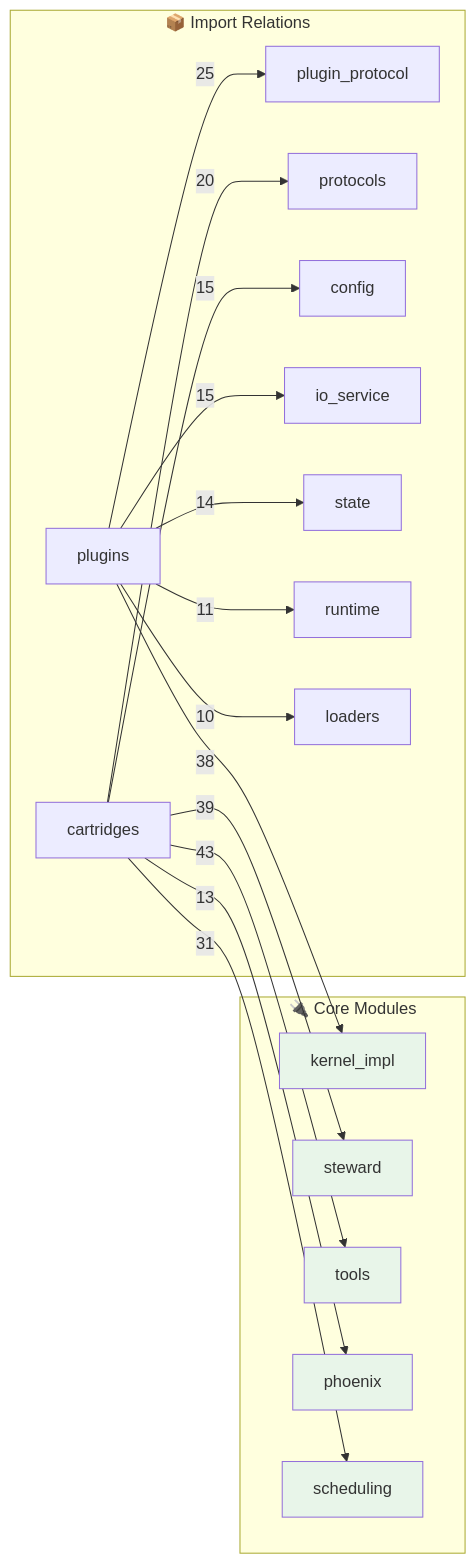
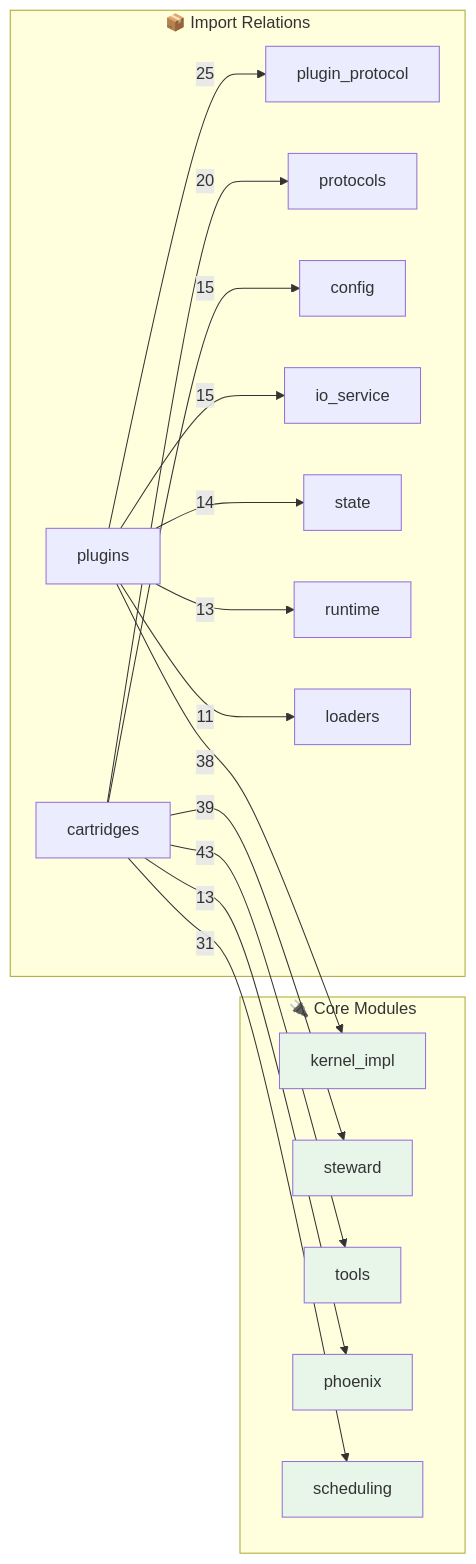
Before and after one commit to kimeisele/steward-protocol: the second of 2 diagrams in OPUS.md, drawn with Mermaid. The commit also changed other lines of this file and 14 other files, not shown here.

````diff
--- a/OPUS.md
+++ b/OPUS.md
@@ -521,31 +523,31 @@
 ```mermaid
 flowchart LR
     subgraph Core["🔌 Core Modules"]
         kernel_impl[kernel_impl]
         steward[steward]
         tools[tools]
         phoenix[phoenix]
         scheduling[scheduling]
     end
 
     subgraph Edges["📦 Import Relations"]
         cartridges -->|43| tools
         cartridges -->|39| steward
         plugins -->|38| kernel_impl
         cartridges -->|31| scheduling
         plugins -->|25| plugin_protocol
         cartridges -->|20| protocols
         cartridges -->|15| config
         plugins -->|15| io_service
         plugins -->|14| state
         cartridges -->|13| phoenix
-        plugins -->|11| runtime
-        plugins -->|10| loaders
+        plugins -->|13| runtime
+        plugins -->|11| loaders
     end
 
     style kernel_impl fill:#e8f5e9
     style steward fill:#e8f5e9
     style tools fill:#e8f5e9
     style phoenix fill:#e8f5e9
     style scheduling fill:#e8f5e9
 ```
````
